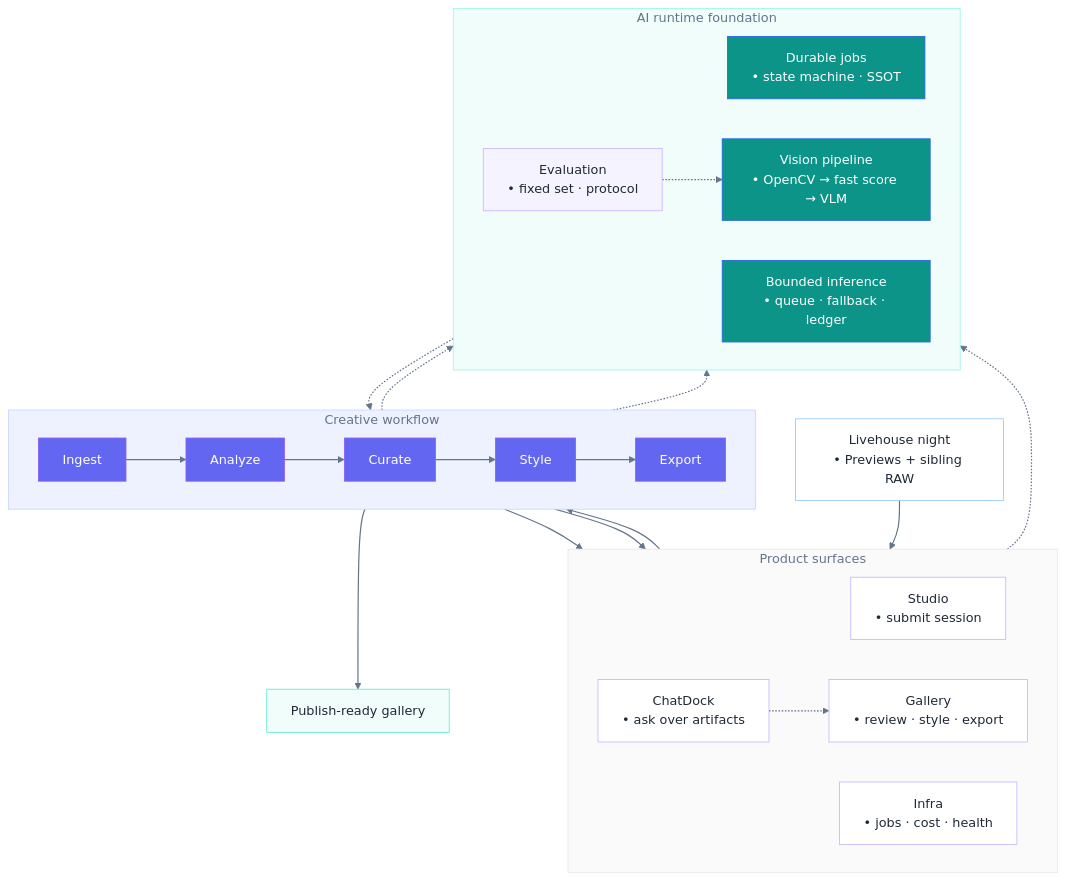
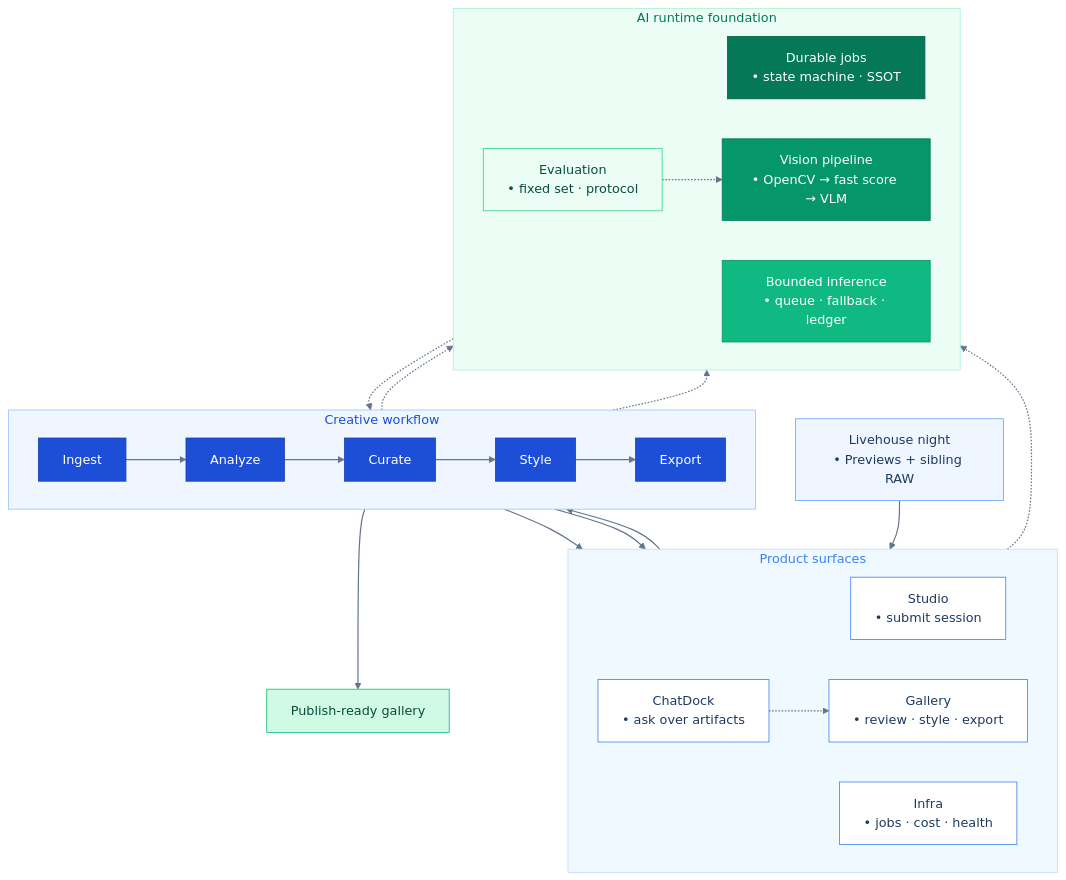
One commit to postrockicecola/livehouse-photo-agent changed the first of 3 diagrams in README.md. Above: the diagram before and after it, drawn with Mermaid. The commit also changed other lines of this file, not shown here.

Commit message:
Restyle README architecture diagram and drop the duplicate ASCII view.

````diff
--- a/README.md
+++ b/README.md
@@ -19,62 +19,66 @@
 ```mermaid
 flowchart TB
-    classDef night fill:#FFFFFF,stroke:#93C5FD,color:#1F2937
-    classDef ui fill:#FFFFFF,stroke:#C4B5FD,color:#1F2937
-    classDef flow fill:#6366F1,stroke:#8B5CF6,color:#FFFFFF
-    classDef runtime fill:#0D9488,stroke:#2563EB,color:#FFFFFF
-    classDef out fill:#F0FDFA,stroke:#5EEAD4,color:#1F2937
-    classDef eval fill:#F5F3FF,stroke:#C4B5FD,color:#1F2937
+    classDef night fill:#EFF6FF,stroke:#60A5FA,color:#1E3A5F
+    classDef ui fill:#FFFFFF,stroke:#3B82F6,color:#1E3A5F
+    classDef flow fill:#1D4ED8,stroke:#1E40AF,color:#FFFFFF
+    classDef runtimeDeep fill:#047857,stroke:#065F46,color:#FFFFFF
+    classDef runtimeMid fill:#059669,stroke:#047857,color:#FFFFFF
+    classDef runtimeSoft fill:#10B981,stroke:#059669,color:#FFFFFF
+    classDef eval fill:#ECFDF5,stroke:#34D399,color:#064E3B
+    classDef out fill:#D1FAE5,stroke:#10B981,color:#064E3B
 
     N["Livehouse night<br/>• Previews + sibling RAW"]
 
     subgraph SURFACES["Product surfaces"]
         direction LR
         ST["Studio<br/>• submit session"]
         GA["Gallery<br/>• review · style · export"]
         CH["ChatDock<br/>• ask over artifacts"]
         IC["Infra<br/>• jobs · cost · health"]
     end
 
     subgraph WORKFLOW["Creative workflow"]
         direction LR
         W1["Ingest"]
         W2["Analyze"]
         W3["Curate"]
         W4["Style"]
         W5["Export"]
         W1 --> W2 --> W3 --> W4 --> W5
     end
 
     subgraph RUNTIME["AI runtime foundation"]
         direction LR
         R1["Durable jobs<br/>• state machine · SSOT"]
         R2["Vision pipeline<br/>• OpenCV → fast score → VLM"]
         R3["Bounded inference<br/>• queue · fallback · ledger"]
         R4["Evaluation<br/>• fixed set · protocol"]
     end
 
     P["Publish-ready gallery"]
 
     N --> ST
     ST --> W1
     W2 -.-> R2
     W2 -.-> R3
     R1 -.-> W2
     W3 --> GA
     W4 --> GA
     CH -.-> GA
     W5 --> P
     IC -.-> R1
     R4 -.-> R2
 
     class N night
     class P out
     class ST,GA,CH,IC ui
     class W1,W2,W3,W4,W5 flow
-    class R1,R2,R3 runtime
+    class R1 runtimeDeep
+    class R2 runtimeMid
+    class R3 runtimeSoft
     class R4 eval
-    style SURFACES fill:#FAFAFA,stroke:#E5E7EB,color:#64748B
-    style WORKFLOW fill:#EEF2FF,stroke:#C7D2FE,color:#64748B
-    style RUNTIME fill:#F0FDFA,stroke:#99F6E4,color:#64748B
+    style SURFACES fill:#F0F9FF,stroke:#BFDBFE,color:#3B82F6
+    style WORKFLOW fill:#EFF6FF,stroke:#93C5FD,color:#1D4ED8
+    style RUNTIME fill:#ECFDF5,stroke:#A7F3D0,color:#047857
     linkStyle default stroke:#64748B,stroke-width:1.5px
 ```
````
